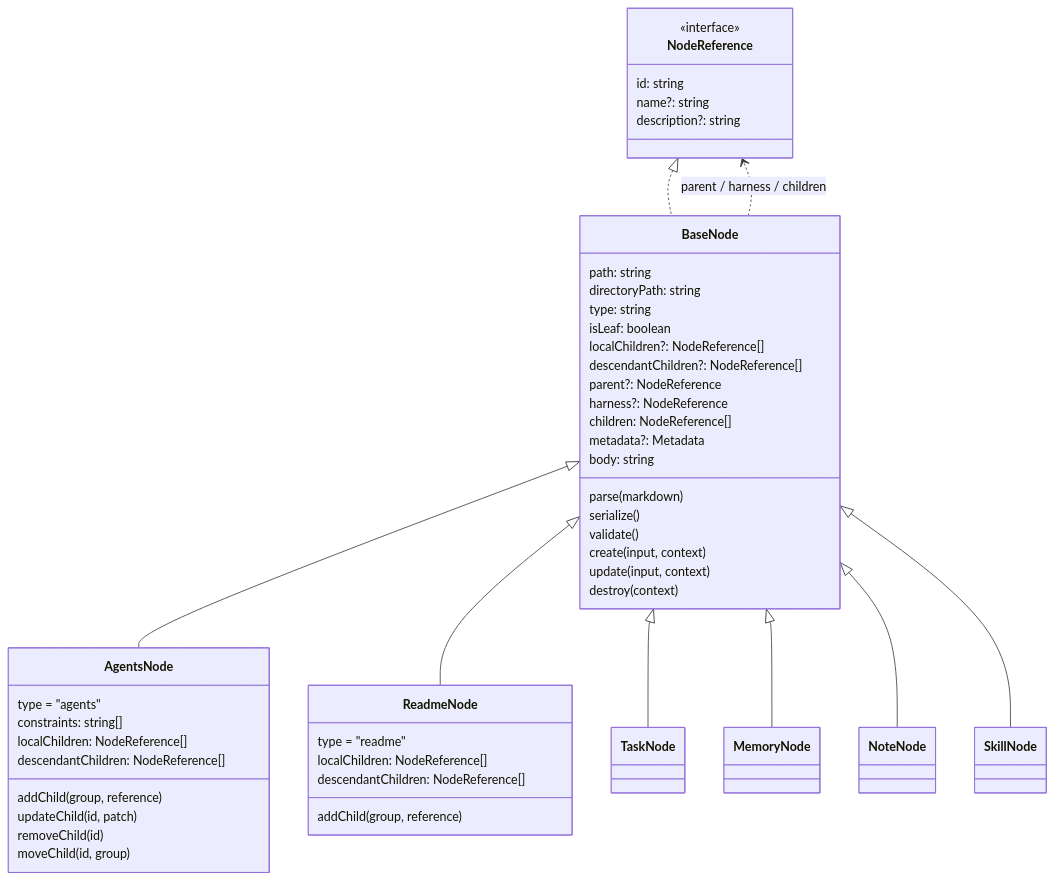
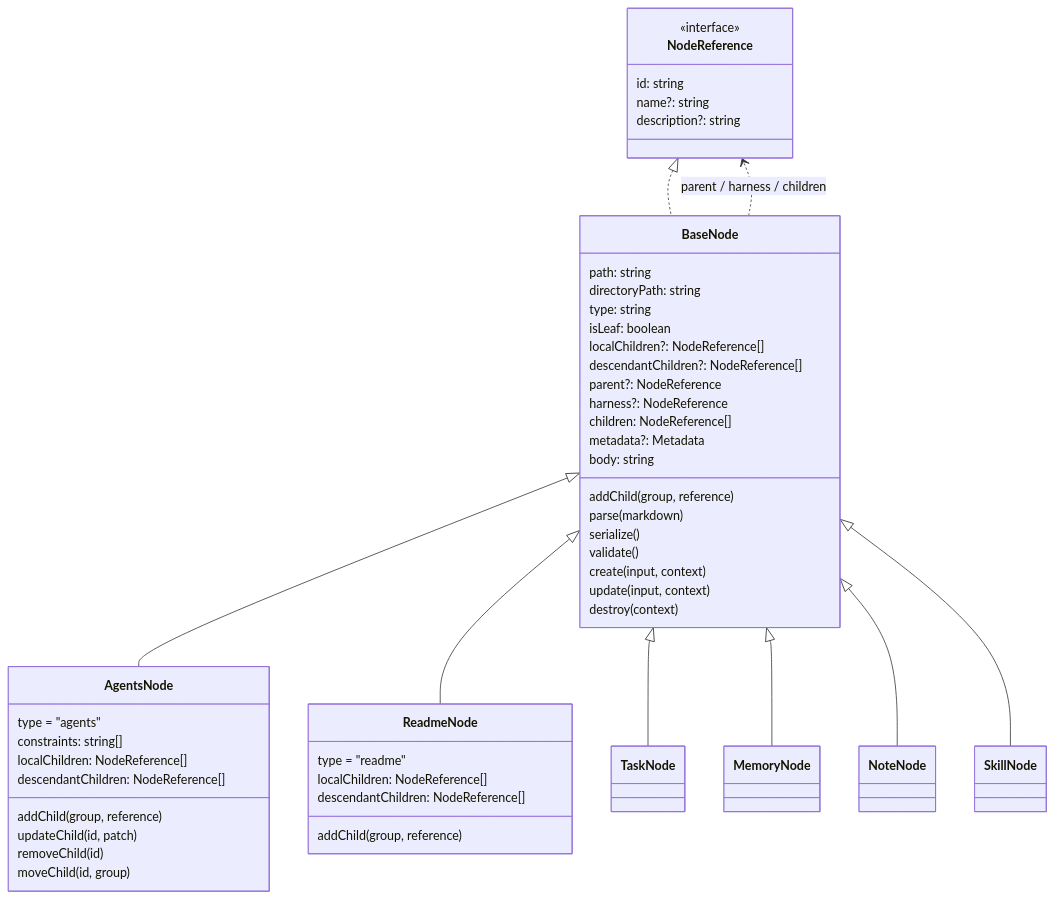
Before and after one commit to VirusPC/edges: the first of 5 diagrams in extensions/cli/src/domain/models/README.md, drawn with Mermaid. The commit also changed other lines of this file and 2 other files, not shown here.

Commit message:
fix: BaseNode 增加 addChild 并修正 models README

````diff
--- a/extensions/cli/src/domain/models/README.md
+++ b/extensions/cli/src/domain/models/README.md
@@ -24,52 +24,53 @@
 ```mermaid
 classDiagram
     class NodeReference {
         <<interface>>
         id: string
         name?: string
         description?: string
     }
     class BaseNode {
         path: string
         directoryPath: string
         type: string
         isLeaf: boolean
         localChildren?: NodeReference[]
         descendantChildren?: NodeReference[]
         parent?: NodeReference
         harness?: NodeReference
         children: NodeReference[]
+        addChild(group, reference)
         metadata?: Metadata
         body: string
         parse(markdown)
         serialize()
         validate()
         create(input, context)
         update(input, context)
         destroy(context)
     }
     class AgentsNode {
         type = "agents"
         constraints: string[]
         localChildren: NodeReference[]
         descendantChildren: NodeReference[]
         addChild(group, reference)
         updateChild(id, patch)
         removeChild(id)
         moveChild(id, group)
     }
     class ReadmeNode {
         type = "readme"
         localChildren: NodeReference[]
         descendantChildren: NodeReference[]
         addChild(group, reference)
     }
     NodeReference <|.. BaseNode
     BaseNode <|-- AgentsNode
     BaseNode <|-- ReadmeNode
     BaseNode <|-- TaskNode
     BaseNode <|-- MemoryNode
     BaseNode <|-- NoteNode
     BaseNode <|-- SkillNode
     BaseNode ..> NodeReference : parent / harness / children
 ```
````
